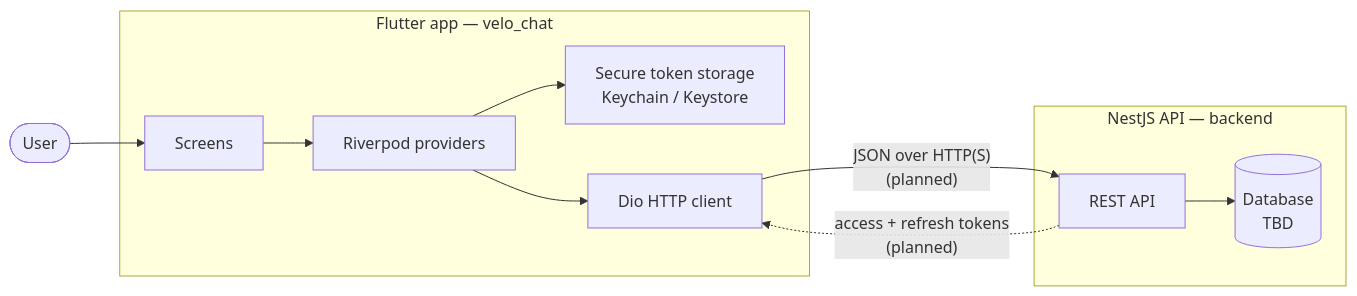
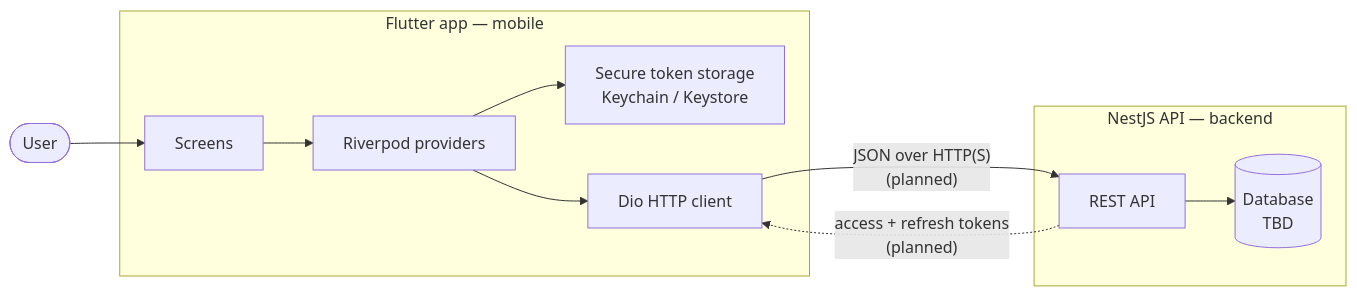
The diagram in docs/architecture.md (ngxhuyhoang/velo-chat), drawn with Mermaid before and after one commit. The commit also changed other lines of this file and 81 other files, not shown here.

Commit message:
chore(app): rename velo_chat directory to mobile and update docs

````diff
--- a/docs/architecture.md
+++ b/docs/architecture.md
@@ -21,17 +21,17 @@
 ```mermaid
 flowchart LR
     User([User]) --> App
 
-    subgraph Client["Flutter app — velo_chat"]
+    subgraph Client["Flutter app — mobile"]
         App[Screens] --> State[Riverpod providers]
         State --> Secure[Secure token storage<br/>Keychain / Keystore]
         State --> Dio[Dio HTTP client]
     end
 
     subgraph Server["NestJS API — backend"]
         API[REST API] --> DB[(Database<br/>TBD)]
     end
 
     Dio -- "JSON over HTTP(S)<br/>(planned)" --> API
     API -. "access + refresh tokens<br/>(planned)" .-> Dio
 ```
````
